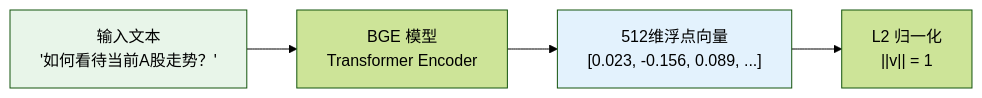
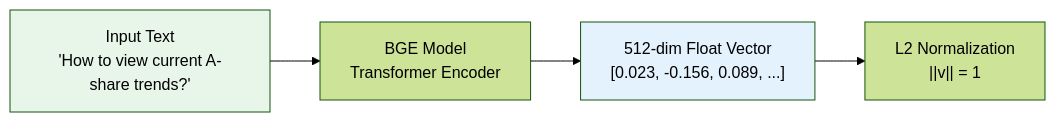
The second of 4 diagrams in docs/docs/rag/embedding.mdx (XUranus/dungeon), drawn with Mermaid (forest theme) before and after one commit. The commit also changed other lines of this file and 75 other files, not shown here.

````diff
--- a/docs/docs/rag/embedding.mdx
+++ b/docs/docs/rag/embedding.mdx
@@ -49,9 +49,9 @@
 ```mermaid
 flowchart LR
-    T["输入文本\n'如何看待当前A股走势？'"] --> M["BGE 模型\nTransformer Encoder"]
-    M --> V["512维浮点向量\n[0.023, -0.156, 0.089, ...]"]
-    V --> N["L2 归一化\n||v|| = 1"]
+    T["Input Text\n'How to view current A-share trends?'"] --> M["BGE Model\nTransformer Encoder"]
+    M --> V["512-dim Float Vector\n[0.023, -0.156, 0.089, ...]"]
+    V --> N["L2 Normalization\n||v|| = 1"]
 
     style T fill:#E8F5E9
     style V fill:#E3F2FD
 ```
````
